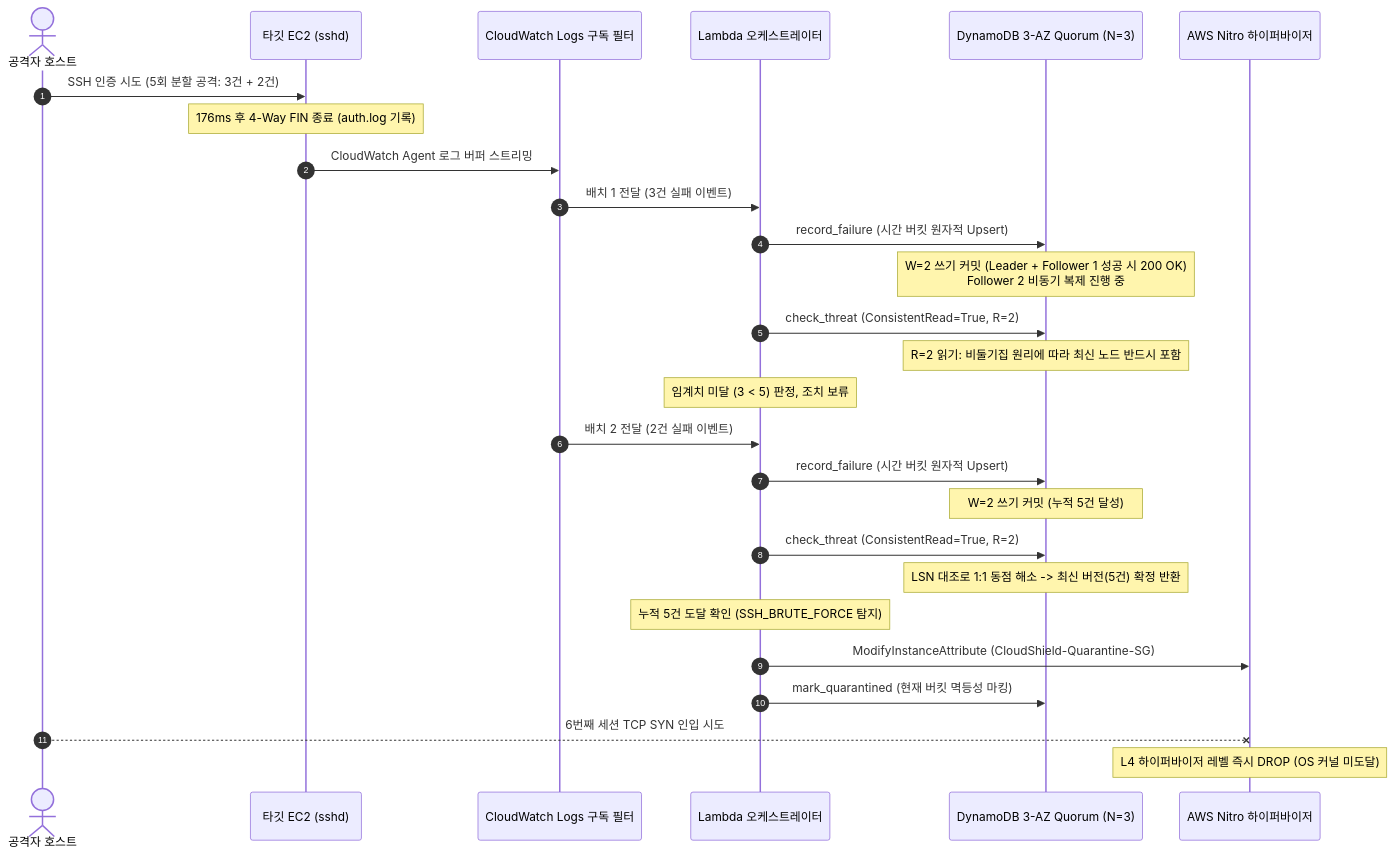
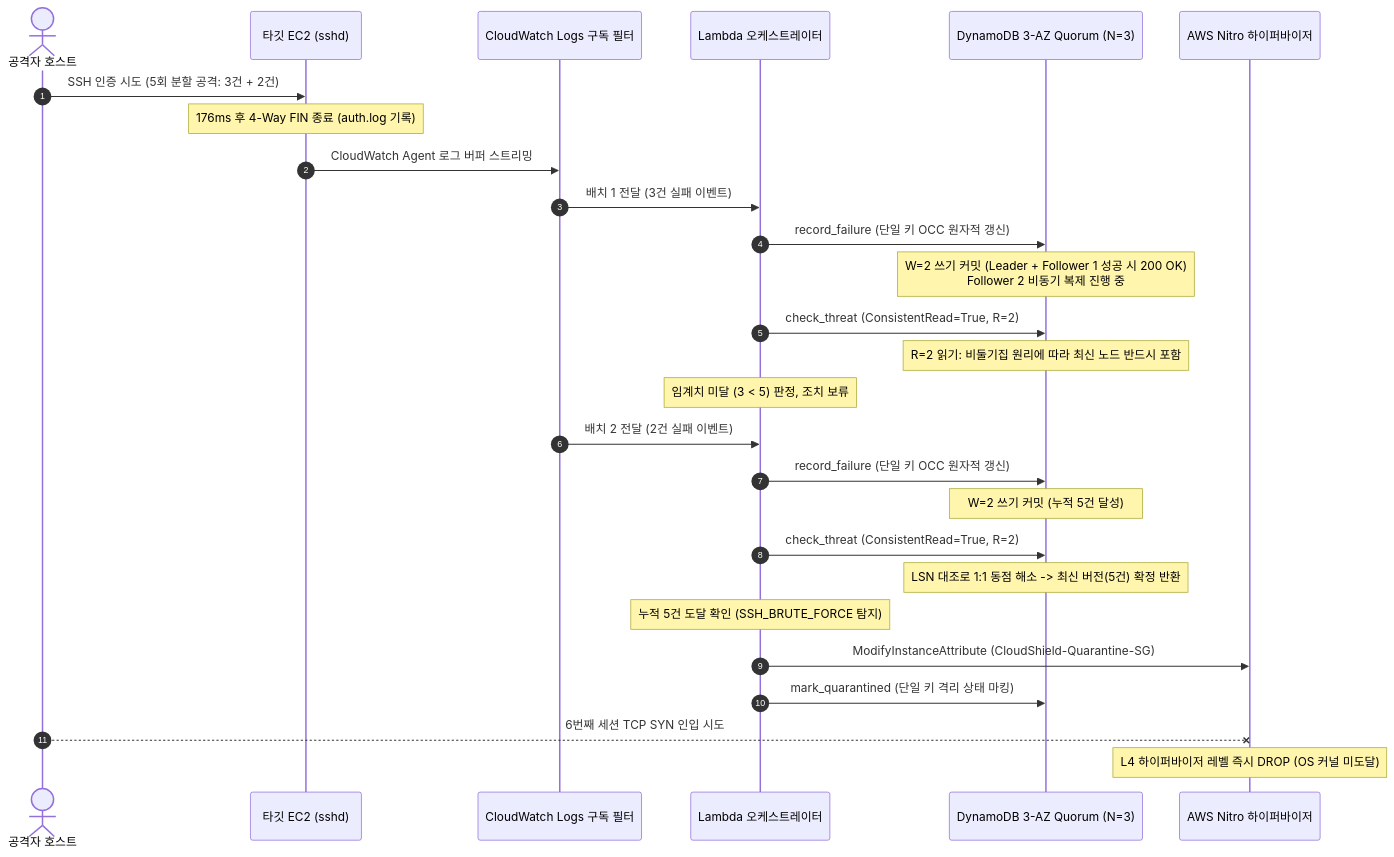
The diagram in docs/posts/proj-aleph-project-04-dynamodb-quorum-sliding-window.md (mmmphyun/security-agent-toolkit), drawn with Mermaid before and after one commit. The commit also changed other lines of this file and 1 other file, not shown here.

First line of the commit message:
docs(aleph): CloudShield 4편 단일 키 OCC 쿼럼 정제 및 5편 동시성 벤치마크 포스트 작성 (#102)

````diff
--- a/docs/posts/proj-aleph-project-04-dynamodb-quorum-sliding-window.md
+++ b/docs/posts/proj-aleph-project-04-dynamodb-quorum-sliding-window.md
@@ -25,34 +25,34 @@
 ```mermaid
 sequenceDiagram
     autonumber
     actor Attacker as 공격자 호스트
     participant Target as 타깃 EC2 (sshd)
     participant CWLogs as CloudWatch Logs 구독 필터
     participant Worker as Lambda 오케스트레이터
     participant DynamoDB as DynamoDB 3-AZ Quorum (N=3)
     participant Nitro as AWS Nitro 하이퍼바이저
 
     Attacker->>Target: SSH 인증 시도 (5회 분할 공격: 3건 + 2건)
     Note over Target: 176ms 후 4-Way FIN 종료 (auth.log 기록)
     Target->>CWLogs: CloudWatch Agent 로그 버퍼 스트리밍
 
     CWLogs->>Worker: 배치 1 전달 (3건 실패 이벤트)
-    Worker->>DynamoDB: record_failure (시간 버킷 원자적 Upsert)
+    Worker->>DynamoDB: record_failure (단일 키 OCC 원자적 갱신)
     Note over DynamoDB: W=2 쓰기 커밋 (Leader + Follower 1 성공 시 200 OK)<br/>Follower 2 비동기 복제 진행 중
     Worker->>DynamoDB: check_threat (ConsistentRead=True, R=2)
     Note over DynamoDB: R=2 읽기: 비둘기집 원리에 따라 최신 노드 반드시 포함
     Note over Worker: 임계치 미달 (3 < 5) 판정, 조치 보류
 
     CWLogs->>Worker: 배치 2 전달 (2건 실패 이벤트)
-    Worker->>DynamoDB: record_failure (시간 버킷 원자적 Upsert)
+    Worker->>DynamoDB: record_failure (단일 키 OCC 원자적 갱신)
     Note over DynamoDB: W=2 쓰기 커밋 (누적 5건 달성)
     Worker->>DynamoDB: check_threat (ConsistentRead=True, R=2)
     Note over DynamoDB: LSN 대조로 1:1 동점 해소 -> 최신 버전(5건) 확정 반환
     Note over Worker: 누적 5건 도달 확인 (SSH_BRUTE_FORCE 탐지)
 
     Worker->>Nitro: ModifyInstanceAttribute (CloudShield-Quarantine-SG)
-    Worker->>DynamoDB: mark_quarantined (현재 버킷 멱등성 마킹)
+    Worker->>DynamoDB: mark_quarantined (단일 키 격리 상태 마킹)
     
     Attacker--xNitro: 6번째 세션 TCP SYN 인입 시도
     Note over Nitro: L4 하이퍼바이저 레벨 즉시 DROP (OS 커널 미도달)
 ```
````
